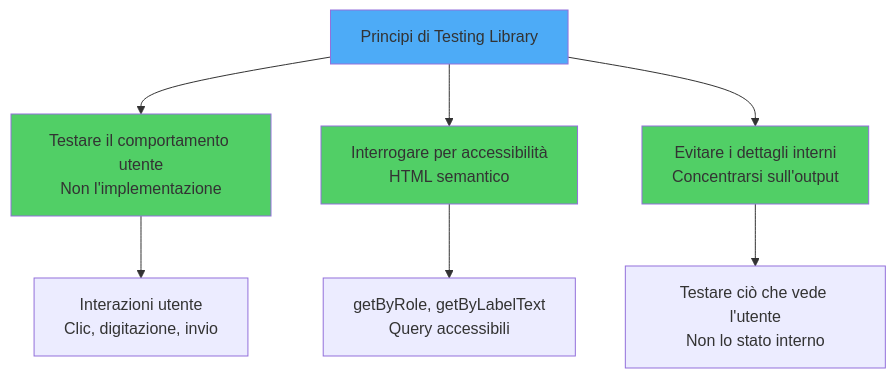
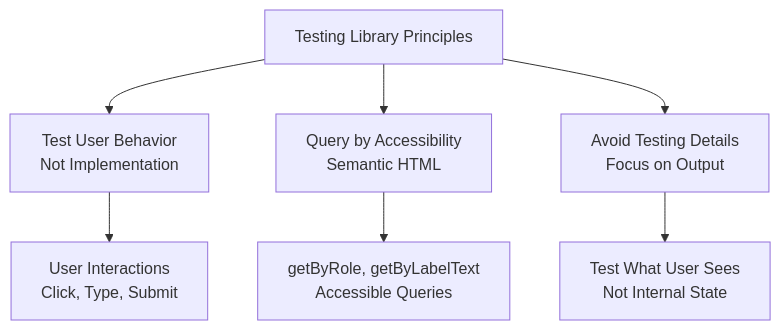
One commit to BabaScience/react-guides changed the fourth of 10 diagrams in arguments/chapters/it/10-testing.md. Above: the diagram before and after it, drawn with Mermaid. The commit also changed other lines of this file and 29 other files, not shown here.

First line of the commit message:
Bring React FR/IT translations to full English parity + theme-safe diagrams

````diff
--- a/arguments/chapters/it/10-testing.md
+++ b/arguments/chapters/it/10-testing.md
@@ -119,15 +528,11 @@
 ```mermaid
 graph TD
-    A[Principi di Testing Library] --> B[Testare il comportamento utente<br/>Non l'implementazione]
-    A --> C[Interrogare per accessibilità<br/>HTML semantico]
-    A --> D[Evitare i dettagli interni<br/>Concentrarsi sull'output]
-
-    B --> B1[Interazioni utente<br/>Clic, digitazione, invio]
-    C --> C1[getByRole, getByLabelText<br/>Query accessibili]
-    D --> D1[Testare ciò che vede l'utente<br/>Non lo stato interno]
-
-    style A fill:#4dabf7
-    style B fill:#51cf66
-    style C fill:#51cf66
-    style D fill:#51cf66
+    A[Testing Library Principles] --> B[Test User Behavior<br/>Not Implementation]
+    A --> C[Query by Accessibility<br/>Semantic HTML]
+    A --> D[Avoid Testing Details<br/>Focus on Output]
+    
+    B --> B1[User Interactions<br/>Click, Type, Submit]
+    C --> C1[getByRole, getByLabelText<br/>Accessible Queries]
+    D --> D1[Test What User Sees<br/>Not Internal State]
+    
 ```
````
